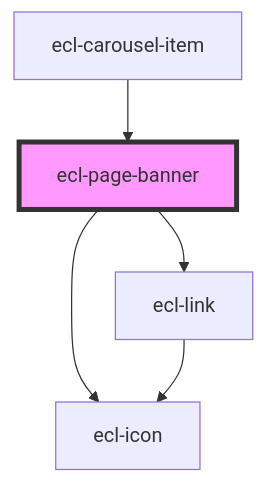
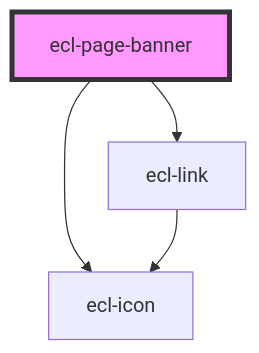
The diagram in src/components/ecl-page-banner/readme.md (ec-europa/ecl-webcomponents), drawn with Mermaid before and after one commit. The commit also changed other lines of this file and 15 other files, not shown here.

````diff
--- a/src/components/ecl-page-banner/readme.md
+++ b/src/components/ecl-page-banner/readme.md
@@ -37,8 +33,7 @@
 ```mermaid
 graph TD;
   ecl-page-banner --> ecl-link
   ecl-page-banner --> ecl-icon
   ecl-link --> ecl-icon
-  ecl-carousel-item --> ecl-page-banner
   style ecl-page-banner fill:#f9f,stroke:#333,stroke-width:4px
 ```
````
